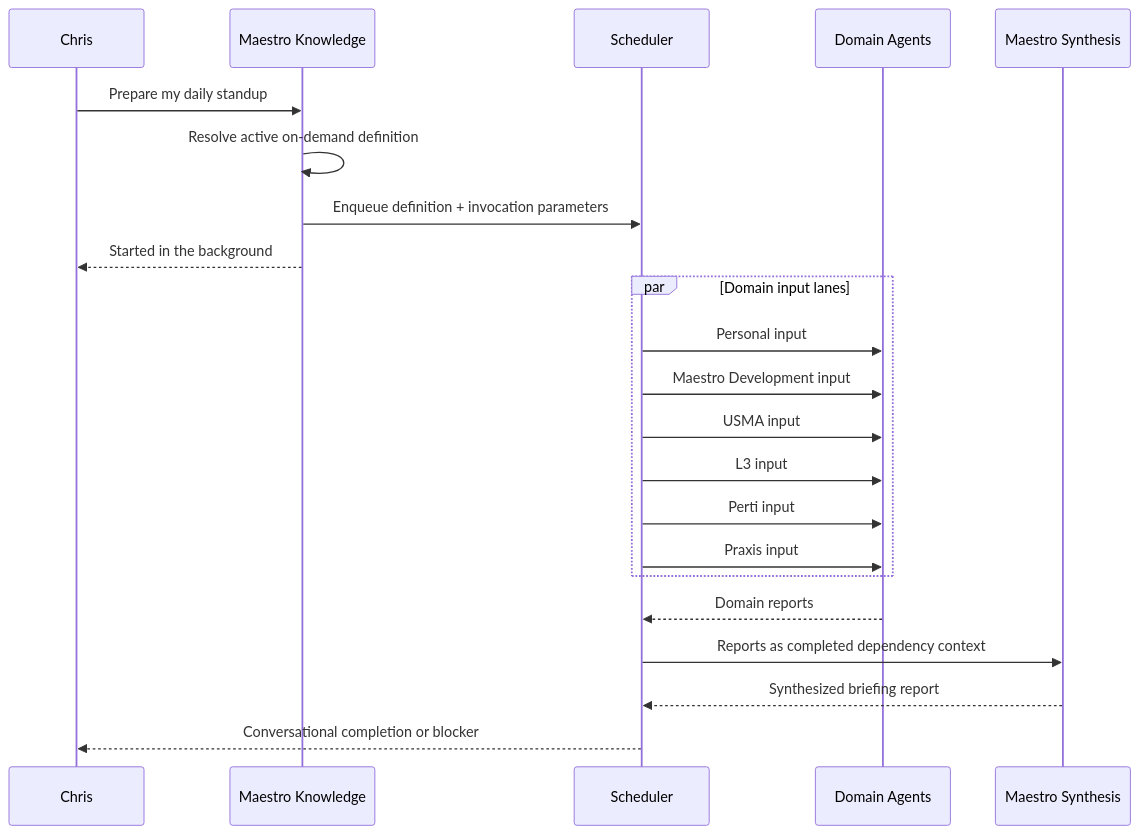
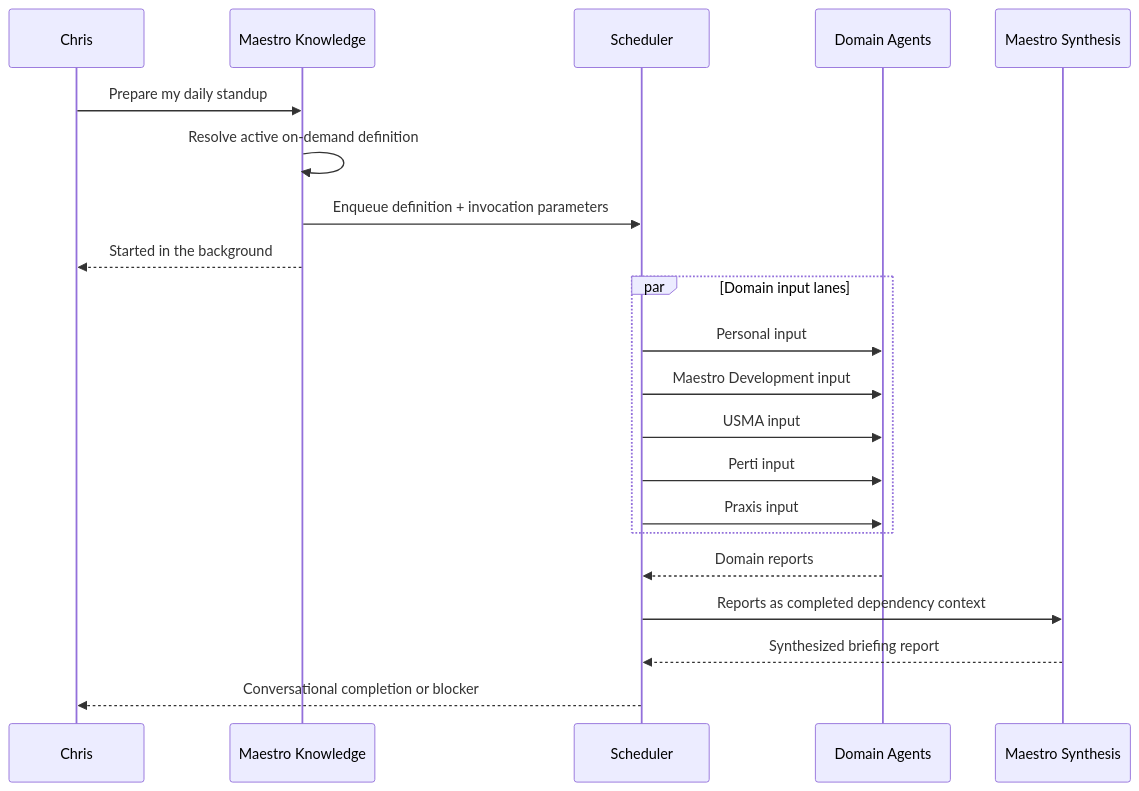
The diagram in docs/ON_DEMAND_WORKFLOWS.md (Caliperti1/Maestro), drawn with Mermaid before and after one commit. The commit also changed other lines of this file and 29 other files, not shown here.

````diff
--- a/docs/ON_DEMAND_WORKFLOWS.md
+++ b/docs/ON_DEMAND_WORKFLOWS.md
@@ -12,25 +12,24 @@
 ```mermaid
 sequenceDiagram
     participant C as Chris
     participant K as Maestro Knowledge
     participant S as Scheduler
     participant A as Domain Agents
     participant M as Maestro Synthesis
 
     C->>K: Prepare my daily standup
     K->>K: Resolve active on-demand definition
     K->>S: Enqueue definition + invocation parameters
     K-->>C: Started in the background
     par Domain input lanes
         S->>A: Personal input
         S->>A: Maestro Development input
         S->>A: USMA input
-        S->>A: L3 input
         S->>A: Perti input
         S->>A: Praxis input
     end
     A-->>S: Domain reports
     S->>M: Reports as completed dependency context
     M-->>S: Synthesized briefing report
     S-->>C: Conversational completion or blocker
 ```
````
